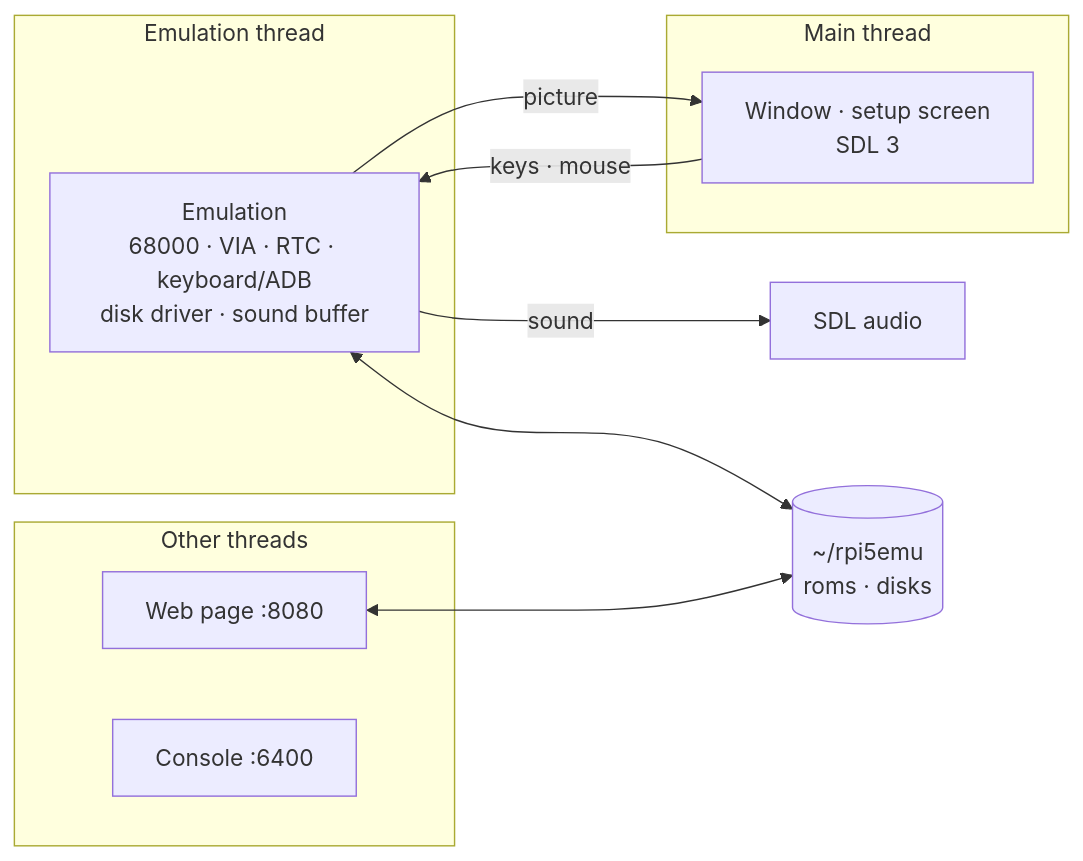
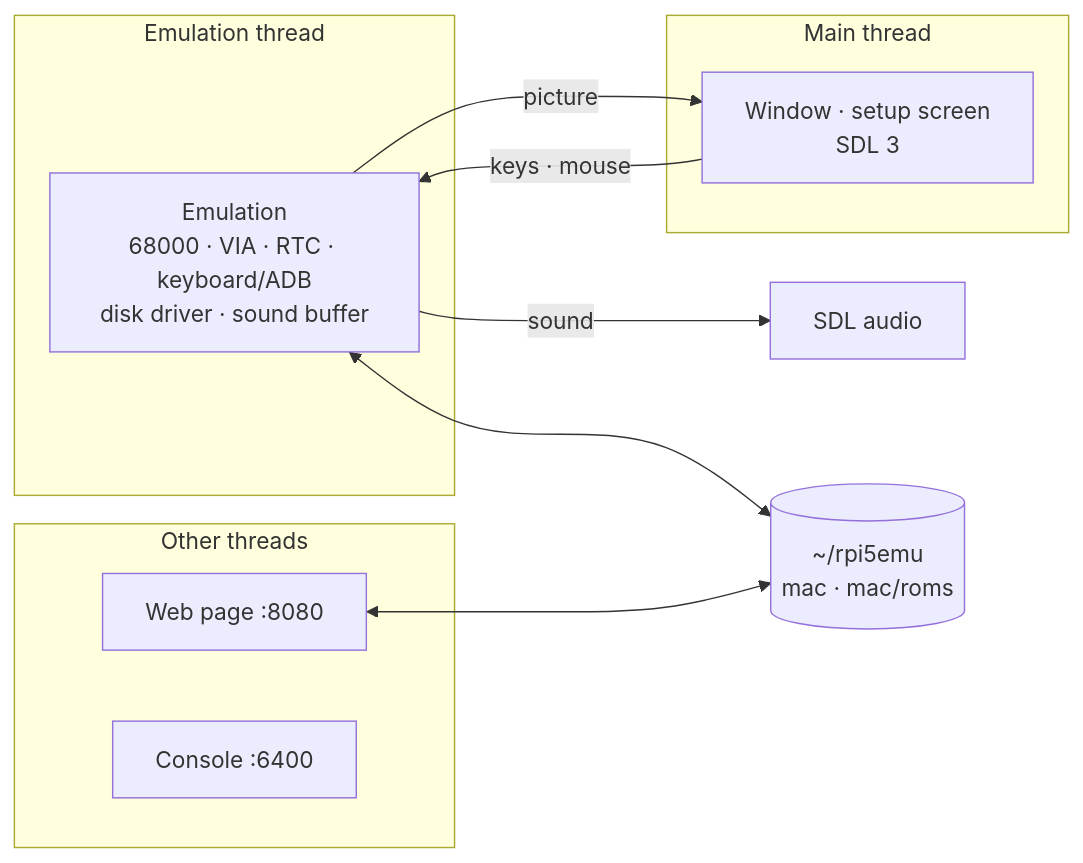
Before and after one commit to rlucencic/sdlmac: the diagram in README.md, drawn with Mermaid. The commit also changed other lines of this file and 4 other files, not shown here.

First line of the commit message:
ROMs in ~/rpi5emu/mac/roms, disk images in mac/ (was disks/)

````diff
--- a/README.md
+++ b/README.md
@@ -153,19 +154,19 @@
 ```mermaid
 flowchart LR
   subgraph emu [Emulation thread]
     EMU["Emulation<br>68000 · VIA · RTC · keyboard/ADB<br>disk driver · sound buffer"]
   end
   subgraph main [Main thread]
     WIN["Window · setup screen<br>SDL 3"]
   end
   subgraph others [Other threads]
     WEB[Web page :8080]
     CON[Console :6400]
   end
   EMU -- picture --> WIN
   EMU -- sound --> SND[SDL audio]
   WIN -- keys · mouse --> EMU
-  DATA[("~/rpi5emu<br>roms · disks")]
+  DATA[("~/rpi5emu<br>mac · mac/roms")]
   EMU <--> DATA
   WEB <--> DATA
 ```
````
